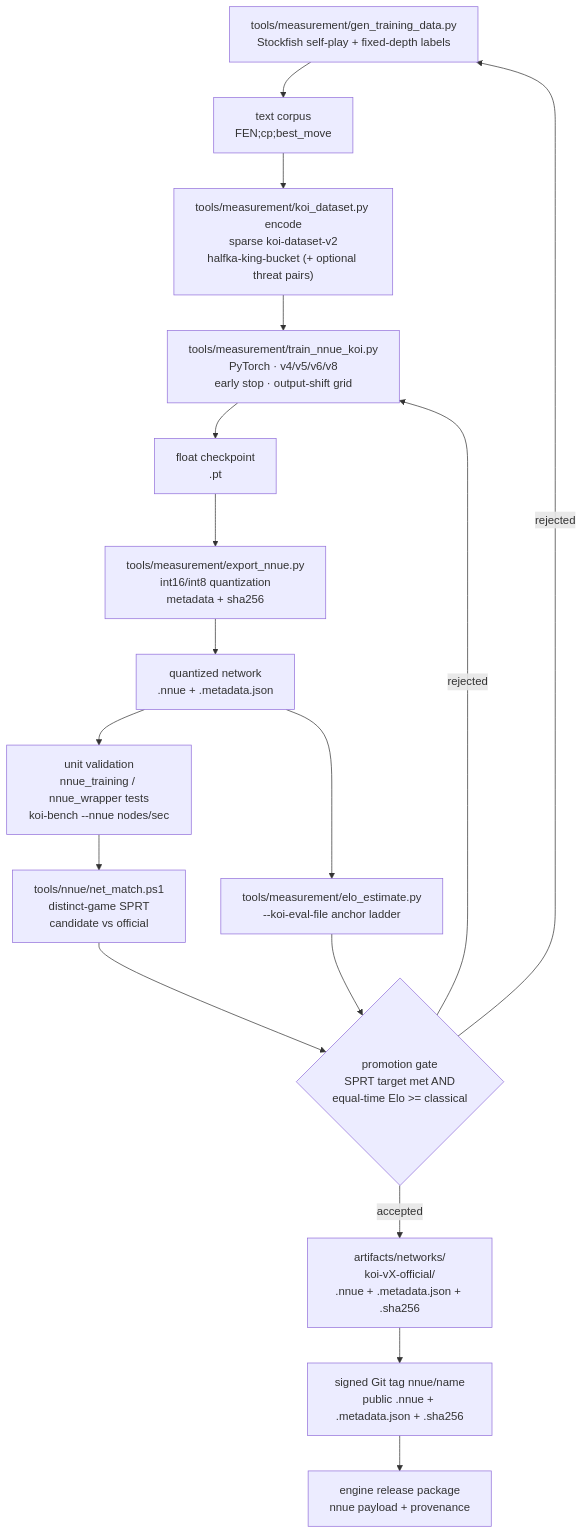
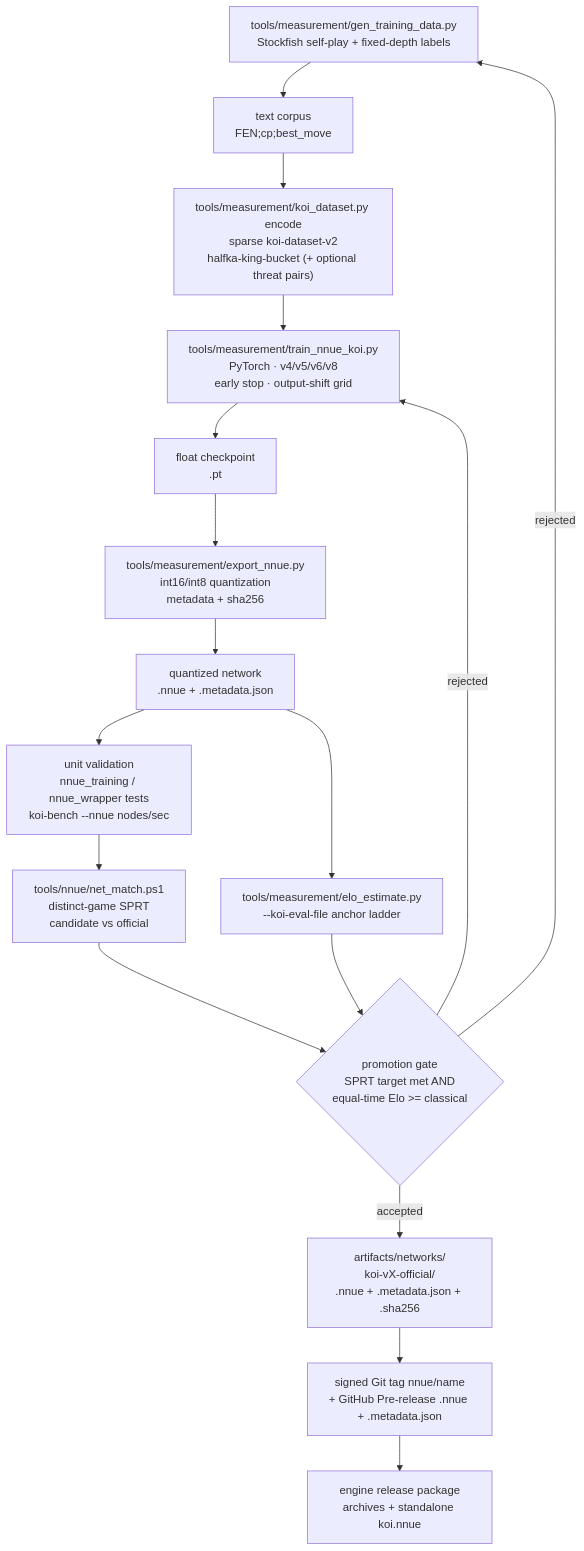
One commit to nhatquang1701/Koi changed the diagram in docs/NNUE_PIPELINE.md. Above: the diagram before and after it, drawn with Mermaid. The commit also changed other lines of this file and 6 other files, not shown here.

Commit message:
docs,release: attach standalone koi.nnue, drop SHA256SUMS, and fix spec/eval mismatches

````diff
--- a/docs/NNUE_PIPELINE.md
+++ b/docs/NNUE_PIPELINE.md
@@ -5,24 +5,24 @@
 ```mermaid
 flowchart TD
     DATA["tools/measurement/gen_training_data.py<br/>Stockfish self-play + fixed-depth labels"]
     TEXT["text corpus<br/>FEN;cp;best_move"]
     ENCODE["tools/measurement/koi_dataset.py encode<br/>sparse koi-dataset-v2<br/>halfka-king-bucket (+ optional threat pairs)"]
     TRAIN["tools/measurement/train_nnue_koi.py<br/>PyTorch · v4/v5/v6/v8<br/>early stop · output-shift grid"]
     FLOAT["float checkpoint<br/>.pt"]
     EXPORT["tools/measurement/export_nnue.py<br/>int16/int8 quantization<br/>metadata + sha256"]
     NET["quantized network<br/>.nnue + .metadata.json"]
     UNIT["unit validation<br/>nnue_training / nnue_wrapper tests<br/>koi-bench --nnue nodes/sec"]
     AB["tools/nnue/net_match.ps1<br/>distinct-game SPRT<br/>candidate vs official"]
     ABS["tools/measurement/elo_estimate.py<br/>--koi-eval-file anchor ladder"]
     GATE{"promotion gate<br/>SPRT target met AND<br/>equal-time Elo >= classical"}
     OFFICIAL["artifacts/networks/<br/>koi-vX-official/<br/>.nnue + .metadata.json + .sha256"]
-    TAG["signed Git tag nnue/name<br/>public .nnue + .metadata.json + .sha256"]
-    RELEASE["engine release package<br/>nnue payload + provenance"]
+    TAG["signed Git tag nnue/name<br/>+ GitHub Pre-release .nnue + .metadata.json"]
+    RELEASE["engine release package<br/>archives + standalone koi.nnue"]
 
     DATA --> TEXT --> ENCODE --> TRAIN --> FLOAT --> EXPORT --> NET
     NET --> UNIT --> AB --> GATE
     NET --> ABS --> GATE
     GATE -- "accepted" --> OFFICIAL --> TAG --> RELEASE
     GATE -- "rejected" --> DATA
     GATE -- "rejected" --> TRAIN
 ```
````
